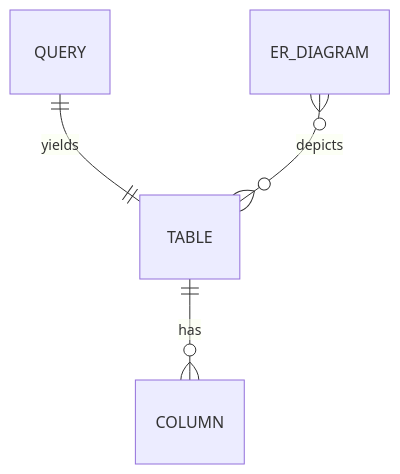
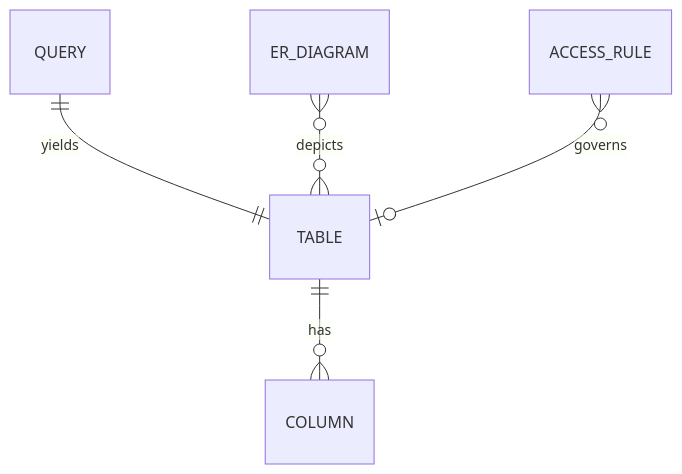
One commit to BjoernKW/Schematic changed the diagram in docs/entity_model.md. Above: the diagram before and after it, drawn with Mermaid. The commit also changed other lines of this file and 5 other files, not shown here.

````diff
--- a/docs/entity_model.md
+++ b/docs/entity_model.md
@@ -5,6 +5,7 @@
 ```mermaid
 erDiagram
     TABLE ||--o{ COLUMN : "has"
     QUERY ||--|| TABLE : "yields"
     ER_DIAGRAM }o--o{ TABLE : "depicts"
+    ACCESS_RULE }o--o| TABLE : "governs"
 ```
````
